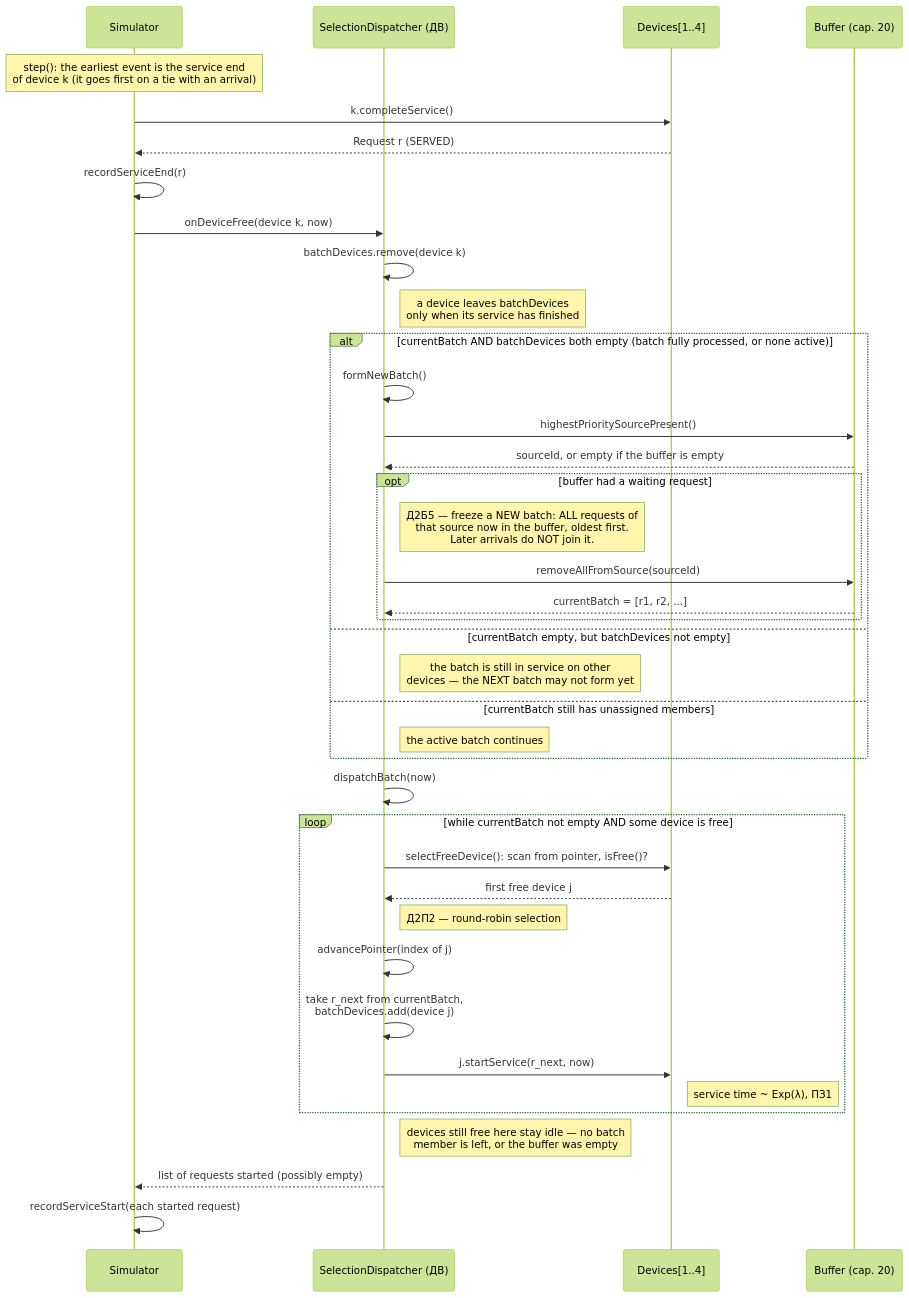
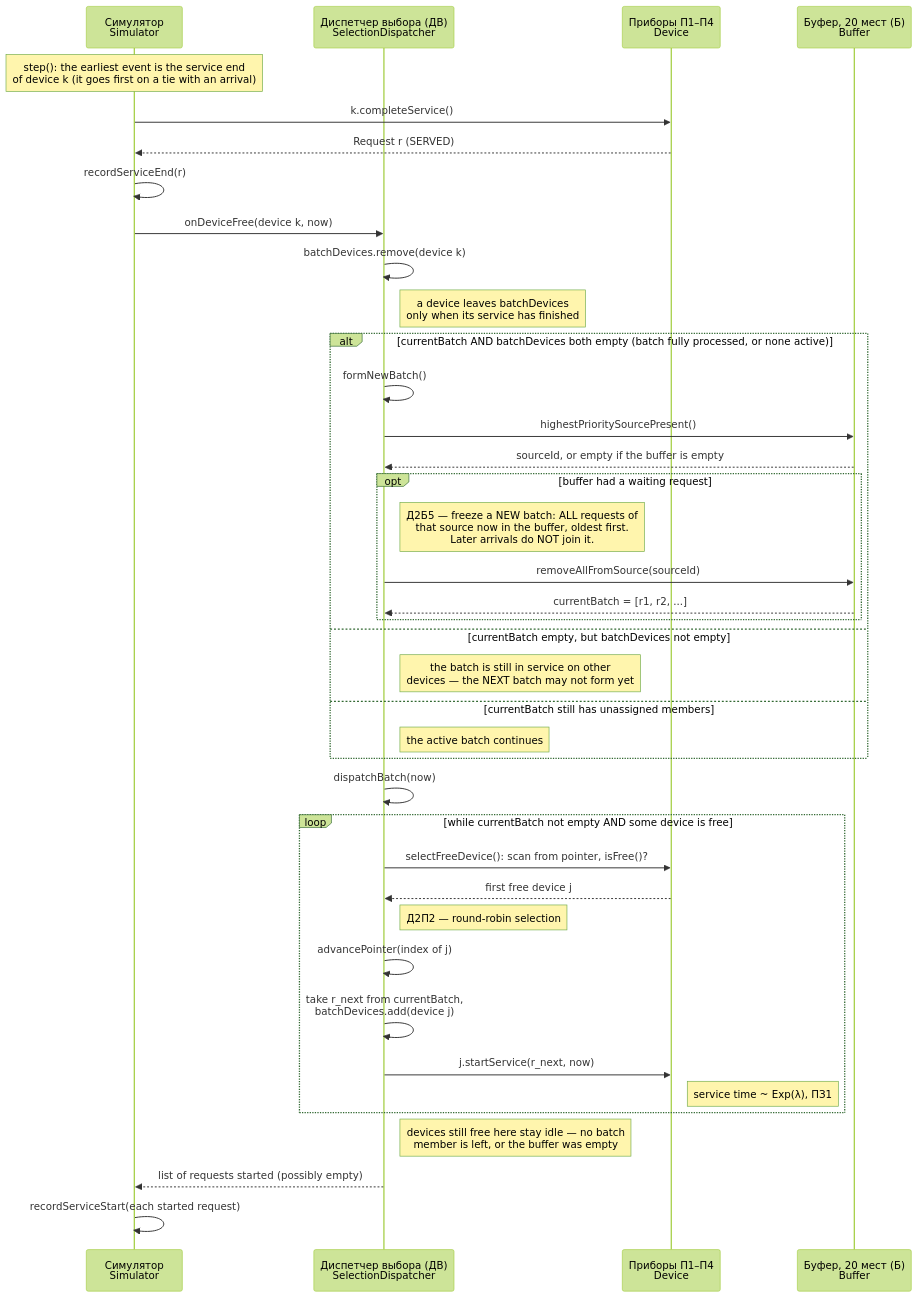
The diagram in docs/diagrams/sequence-device-free.mmd (abdelrhmanbaha/smo-v24-commodity-trading), drawn with Mermaid (forest theme) before and after one commit. The commit also changed 5 other files, not shown here.

Commit message:
Add Russian lane names to the sequence diagrams

```diff
--- a/docs/diagrams/sequence-device-free.mmd
+++ b/docs/diagrams/sequence-device-free.mmd
@@ -1,42 +1,42 @@
 sequenceDiagram
-    participant Sim as Simulator
-    participant ДВ as SelectionDispatcher (ДВ)
-    participant D as Devices[1..4]
-    participant B as Buffer (cap. 20)
+    participant Sim as Симулятор<br/>Simulator
+    participant ДВ as Диспетчер выбора (ДВ)<br/>SelectionDispatcher
+    participant D as Приборы П1–П4<br/>Device
+    participant B as Буфер, 20 мест (Б)<br/>Buffer
 
     Note over Sim: step(): the earliest event is the service end<br/>of device k (it goes first on a tie with an arrival)
     Sim->>D: k.completeService()
     D-->>Sim: Request r (SERVED)
     Sim->>Sim: recordServiceEnd(r)
     Sim->>ДВ: onDeviceFree(device k, now)
     ДВ->>ДВ: batchDevices.remove(device k)
     Note right of ДВ: a device leaves batchDevices<br/>only when its service has finished
 
     alt currentBatch AND batchDevices both empty (batch fully processed, or none active)
         ДВ->>ДВ: formNewBatch()
         ДВ->>B: highestPrioritySourcePresent()
         B-->>ДВ: sourceId, or empty if the buffer is empty
         opt buffer had a waiting request
             Note right of ДВ: Д2Б5 — freeze a NEW batch: ALL requests of<br/>that source now in the buffer, oldest first.<br/>Later arrivals do NOT join it.
             ДВ->>B: removeAllFromSource(sourceId)
             B-->>ДВ: currentBatch = [r1, r2, ...]
         end
     else currentBatch empty, but batchDevices not empty
         Note right of ДВ: the batch is still in service on other<br/>devices — the NEXT batch may not form yet
     else currentBatch still has unassigned members
         Note right of ДВ: the active batch continues
     end
 
     ДВ->>ДВ: dispatchBatch(now)
     loop while currentBatch not empty AND some device is free
         ДВ->>D: selectFreeDevice(): scan from pointer, isFree()?
         D-->>ДВ: first free device j
         Note right of ДВ: Д2П2 — round-robin selection
         ДВ->>ДВ: advancePointer(index of j)
         ДВ->>ДВ: take r_next from currentBatch,<br/>batchDevices.add(device j)
         ДВ->>D: j.startService(r_next, now)
         Note right of D: service time ~ Exp(λ), ПЗ1
     end
     Note right of ДВ: devices still free here stay idle — no batch<br/>member is left, or the buffer was empty
     ДВ-->>Sim: list of requests started (possibly empty)
     Sim->>Sim: recordServiceStart(each started request)
```
